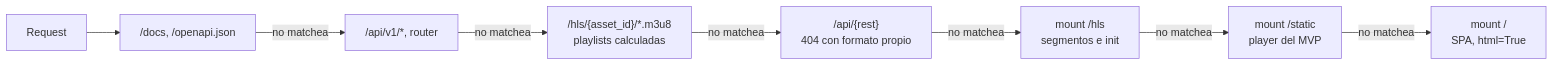
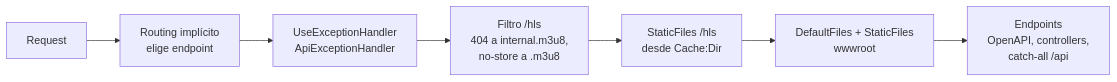
Before and after one commit to Juan045/home-stream-app: diagram 14 of 15 in system_arquitecture.md, drawn with Mermaid. The commit also changed other lines of this file and 8 other files, not shown here.

````diff
--- a/system_arquitecture.md
+++ b/system_arquitecture.md
@@ -572,10 +699,9 @@
 ```mermaid
 flowchart LR
-    R["Request"] --> A["/docs, /openapi.json"]
-    A -->|"no matchea"| B["/api/v1/*, router"]
-    B -->|"no matchea"| C["/hls/{asset_id}/*.m3u8<br/>playlists calculadas"]
-    C -->|"no matchea"| D["/api/{rest}<br/>404 con formato propio"]
-    D -->|"no matchea"| E["mount /hls<br/>segmentos e init"]
-    E -->|"no matchea"| F["mount /static<br/>player del MVP"]
-    F -->|"no matchea"| G["mount /<br/>SPA, html=True"]
+    R["Request"] --> RT["Routing implícito<br/>elige endpoint"]
+    RT --> EX["UseExceptionHandler<br/>ApiExceptionHandler"]
+    EX --> F["Filtro /hls<br/>404 a internal.m3u8,<br/>no-store a .m3u8"]
+    F --> SH["StaticFiles /hls<br/>desde Cache:Dir"]
+    SH --> SW["DefaultFiles + StaticFiles<br/>wwwroot"]
+    SW --> EP["Endpoints<br/>OpenAPI, controllers,<br/>catch-all /api"]
 ```
````
